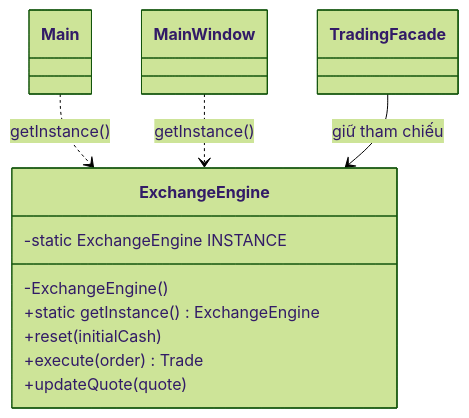
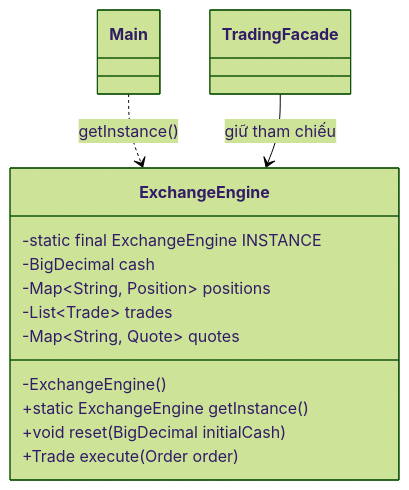
The second of 5 diagrams in docs/DESIGN_PATTERNS_PRESENTATION.md (Minh2312688/GiaoDichChungKhoan), drawn with Mermaid (forest theme) before and after one commit. The commit also changed other lines of this file, not shown here.

````diff
--- a/docs/DESIGN_PATTERNS_PRESENTATION.md
+++ b/docs/DESIGN_PATTERNS_PRESENTATION.md
@@ -106,17 +108,18 @@
 ```mermaid
 classDiagram
     class ExchangeEngine {
-        -static ExchangeEngine INSTANCE
+        -static final ExchangeEngine INSTANCE
+        -BigDecimal cash
+        -Map~String, Position~ positions
+        -List~Trade~ trades
+        -Map~String, Quote~ quotes
         -ExchangeEngine()
-        +static getInstance() ExchangeEngine
-        +reset(initialCash)
-        +execute(order) Trade
-        +updateQuote(quote)
+        +static ExchangeEngine getInstance()
+        +void reset(BigDecimal initialCash)
+        +Trade execute(Order order)
     }
     class Main
-    class MainWindow
     class TradingFacade
     Main ..> ExchangeEngine : getInstance()
-    MainWindow ..> ExchangeEngine : getInstance()
     TradingFacade --> ExchangeEngine : giữ tham chiếu
 ```
````
